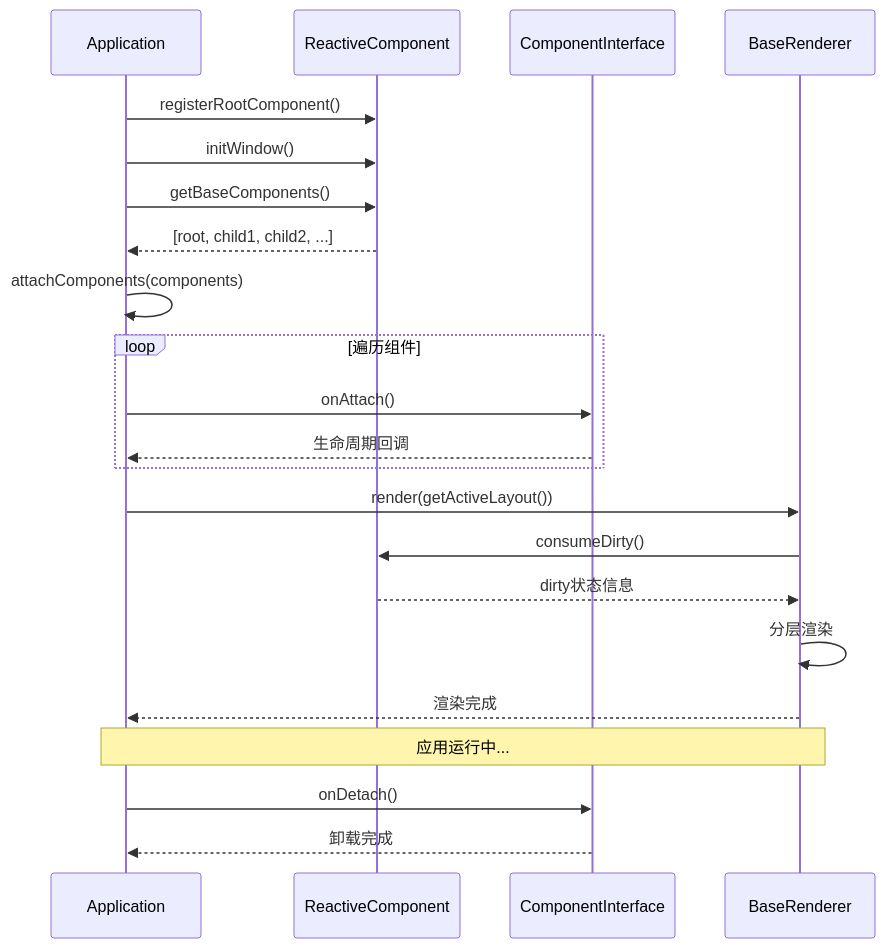
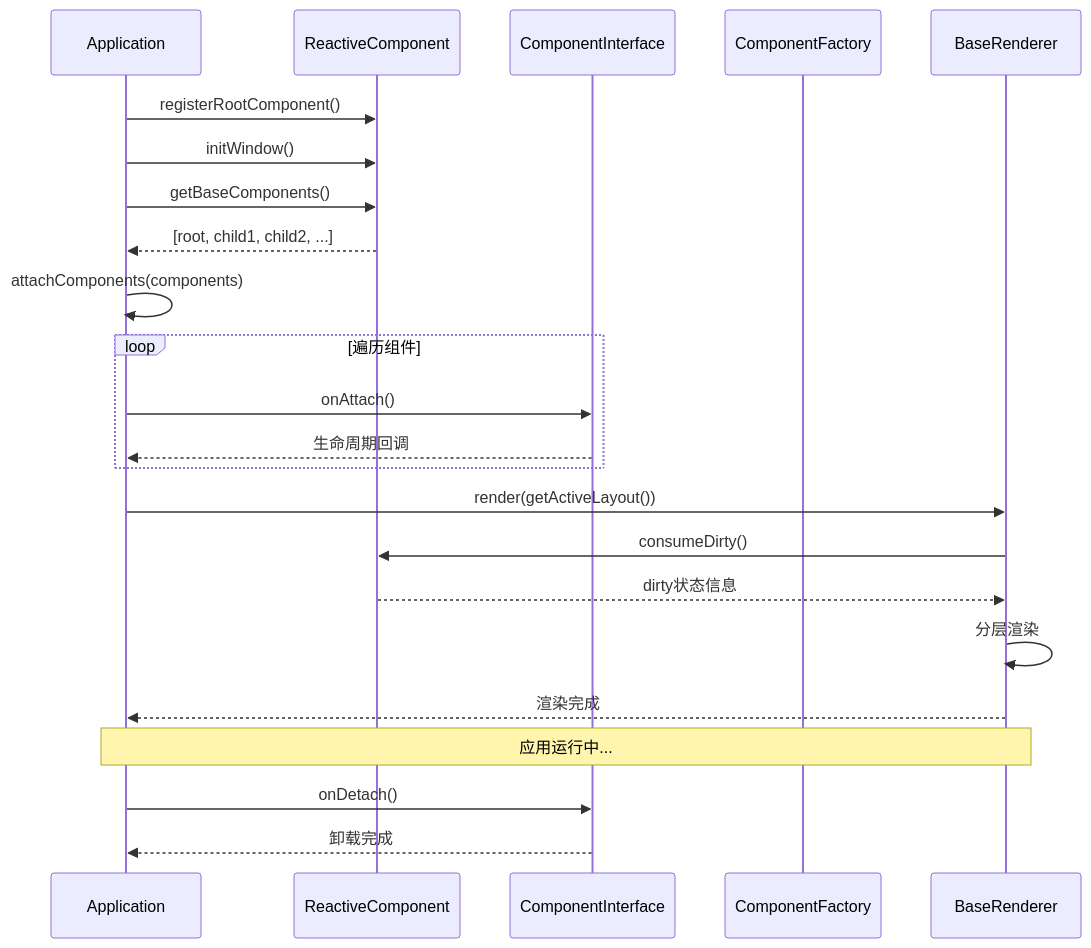
One commit to xingye00186/PUI changed the fifth of 13 diagrams in .qoder/repowiki/zh/content/核心架构设计/组件系统设计.md. Above: the diagram before and after it, drawn with Mermaid. The commit also changed other lines of this file and 10 other files, not shown here.

````diff
--- a/.qoder/repowiki/zh/content/核心架构设计/组件系统设计.md
+++ b/.qoder/repowiki/zh/content/核心架构设计/组件系统设计.md
@@ -261,24 +292,25 @@
 ```mermaid
 sequenceDiagram
 participant App as Application
 participant Root as ReactiveComponent
 participant Child as ComponentInterface
+participant Factory as ComponentFactory
 participant Renderer as BaseRenderer
 App->>Root : registerRootComponent()
 App->>Root : initWindow()
 App->>Root : getBaseComponents()
 Root-->>App : [root, child1, child2, ...]
 App->>App : attachComponents(components)
 loop 遍历组件
 App->>Child : onAttach()
 Child-->>App : 生命周期回调
 end
 App->>Renderer : render(getActiveLayout())
 Renderer->>Root : consumeDirty()
 Root-->>Renderer : dirty状态信息
 Renderer->>Renderer : 分层渲染
 Renderer-->>App : 渲染完成
 Note over App,Renderer : 应用运行中...
 App->>Child : onDetach()
 Child-->>App : 卸载完成
 ```
````
